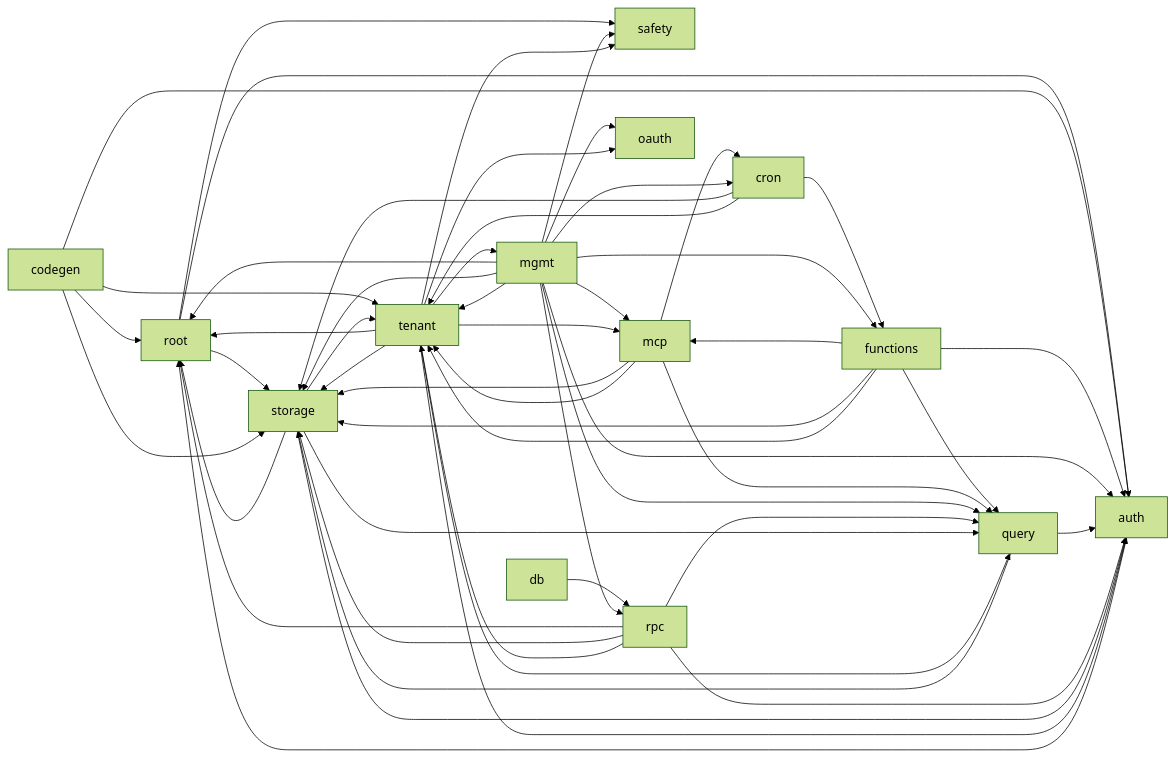
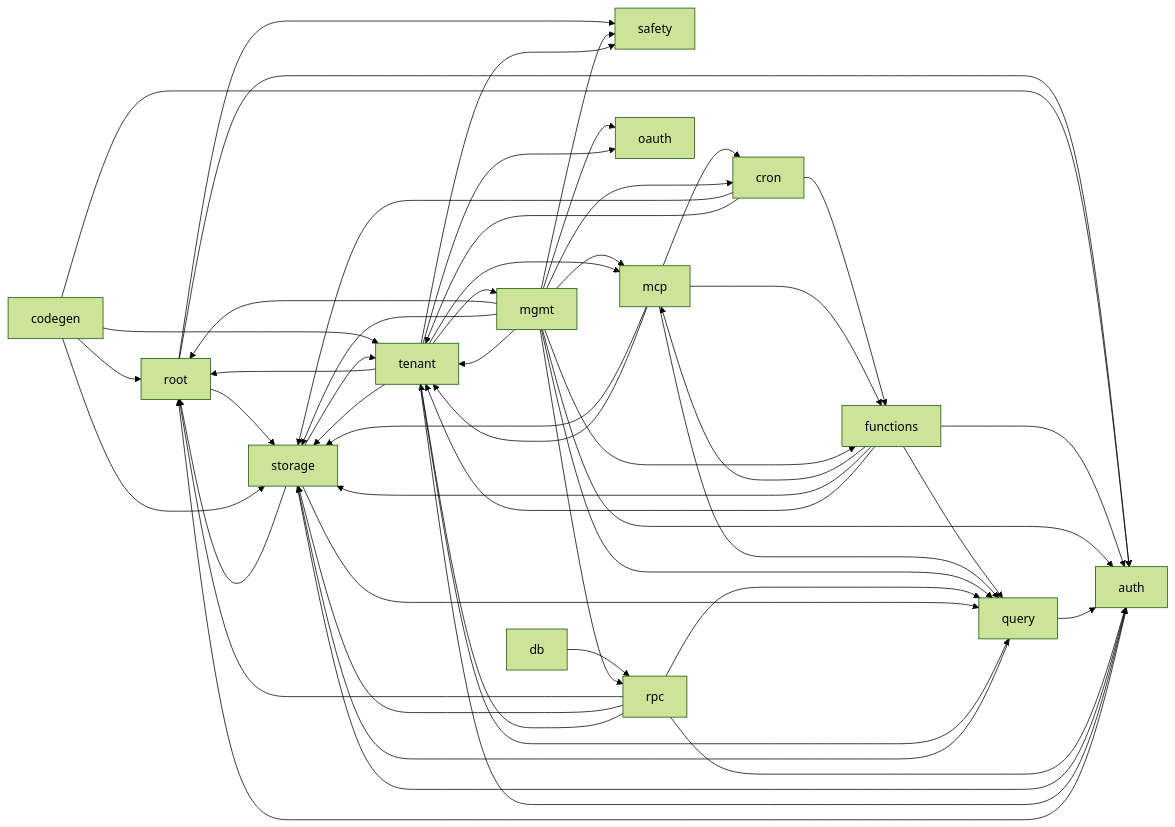
The diagram in docs/architecture.md (KaelLim/drust), drawn with Mermaid (forest theme) before and after one commit. The commit also changed other lines of this file and 6 other files, not shown here.

````diff
--- a/docs/architecture.md
+++ b/docs/architecture.md
@@ -42,54 +42,55 @@
 ```mermaid
 graph LR
   root --> auth
   root --> safety
   root --> storage
   auth --> root
   codegen --> root
   codegen --> auth
   codegen --> storage
   codegen --> tenant
   cron --> functions
   cron --> storage
   cron --> tenant
   db --> rpc
   functions --> auth
   functions --> mcp
   functions --> query
   functions --> storage
   functions --> tenant
   mcp --> cron
+  mcp --> functions
   mcp --> query
   mcp --> storage
   mcp --> tenant
   mgmt --> root
   mgmt --> auth
   mgmt --> cron
   mgmt --> functions
   mgmt --> mcp
   mgmt --> oauth
   mgmt --> query
   mgmt --> rpc
   mgmt --> safety
   mgmt --> storage
   mgmt --> tenant
   query --> auth
   query --> storage
   rpc --> root
   rpc --> auth
   rpc --> query
   rpc --> storage
   rpc --> tenant
   storage --> root
   storage --> auth
   storage --> query
   storage --> tenant
   tenant --> root
   tenant --> auth
   tenant --> mcp
   tenant --> mgmt
   tenant --> oauth
   tenant --> query
   tenant --> safety
   tenant --> storage
 ```
````
